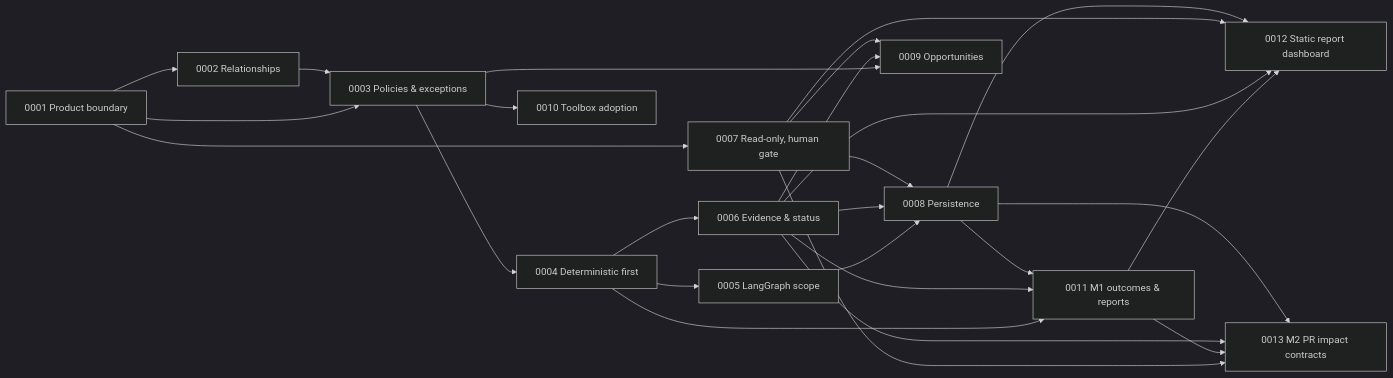
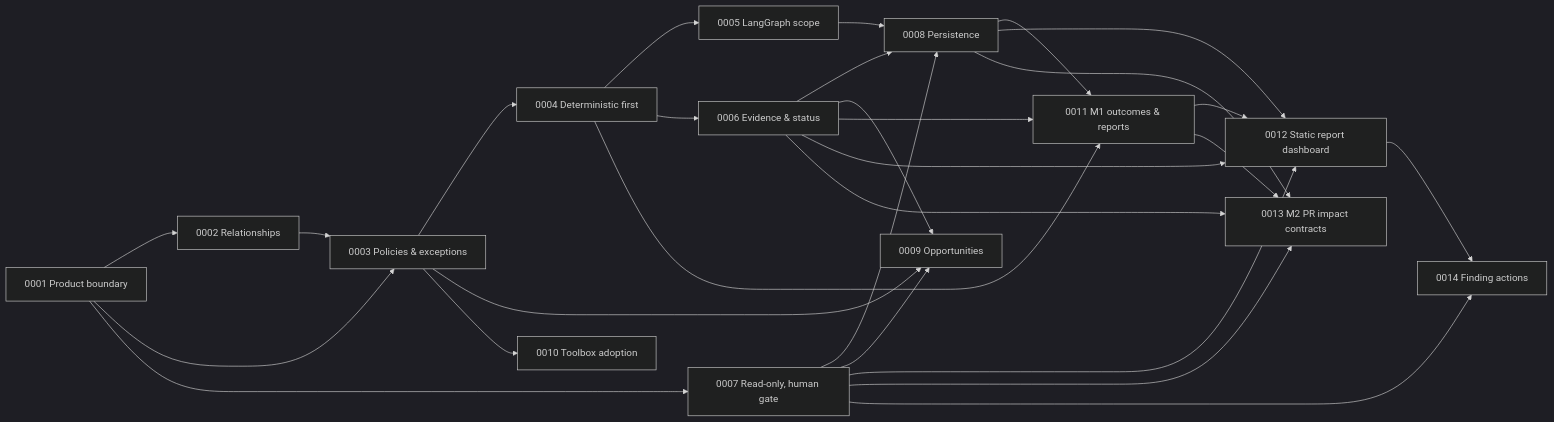
One commit to koydas/repo-orchestrator changed the diagram in docs/adr/README.md. Above: the diagram before and after it, drawn with Mermaid (dark theme). The commit also changed other lines of this file and 7 other files, not shown here.

````diff
--- a/docs/adr/README.md
+++ b/docs/adr/README.md
@@ -27,28 +28,30 @@
 ```mermaid
 flowchart LR
     A1["0001 Product boundary"] --> A2["0002 Relationships"]
     A1 --> A3["0003 Policies & exceptions"]
     A2 --> A3
     A3 --> A4["0004 Deterministic first"]
     A4 --> A5["0005 LangGraph scope"]
     A4 --> A6["0006 Evidence & status"]
     A1 --> A7["0007 Read-only, human gate"]
     A5 --> A8["0008 Persistence"]
     A6 --> A8
     A7 --> A8
     A3 --> A9["0009 Opportunities"]
     A6 --> A9
     A7 --> A9
     A3 --> A10["0010 Toolbox adoption"]
     A4 --> A11["0011 M1 outcomes & reports"]
     A6 --> A11
     A8 --> A11
     A11 --> A12["0012 Static report dashboard"]
     A6 --> A12
     A7 --> A12
     A8 --> A12
     A7 --> A13["0013 M2 PR impact contracts"]
     A11 --> A13
     A6 --> A13
     A8 --> A13
+    A12 --> A14["0014 Finding actions"]
+    A7 --> A14
 ```
````
